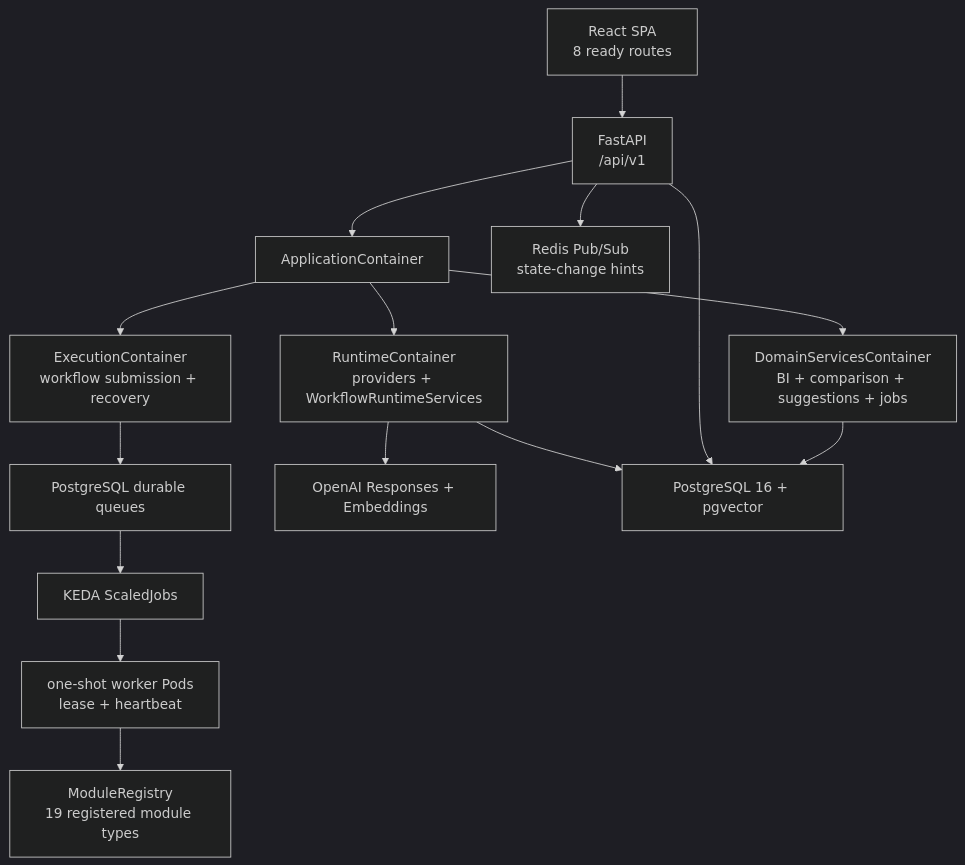
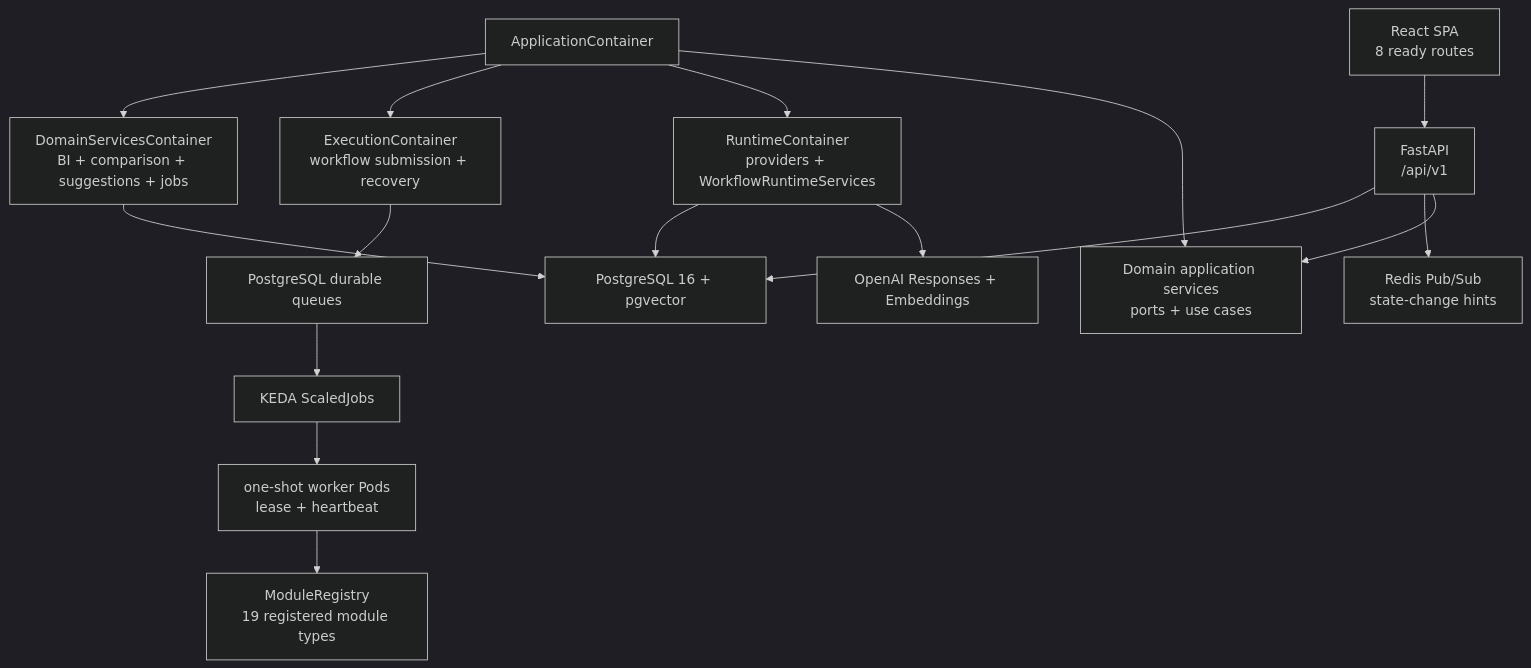
The first of 2 diagrams in docs/blueprints/01_system_blueprints/BP-101_system_architecture_blueprint.md (bist-mini-final/bist-mini-final), drawn with Mermaid (dark theme) before and after one commit. The commit also changed other lines of this file and 7 other files, not shown here.

````diff
--- a/docs/blueprints/01_system_blueprints/BP-101_system_architecture_blueprint.md
+++ b/docs/blueprints/01_system_blueprints/BP-101_system_architecture_blueprint.md
@@ -13,19 +13,20 @@
 ```mermaid
 flowchart TB
     SPA["React SPA\n8 ready routes"] --> API["FastAPI\n/api/v1"]
-    API --> APP["ApplicationContainer"]
+    API --> USECASE["Domain application services\nports + use cases"]
+    APP["ApplicationContainer"] --> USECASE
     APP --> RUNTIME["RuntimeContainer\nproviders + WorkflowRuntimeServices"]
     APP --> EXEC["ExecutionContainer\nworkflow submission + recovery"]
     APP --> DOMAIN["DomainServicesContainer\nBI + comparison + suggestions + jobs"]
 
     EXEC --> PGQ["PostgreSQL durable queues"]
     PGQ --> KEDA["KEDA ScaledJobs"]
     KEDA --> WORKERS["one-shot worker Pods\nlease + heartbeat"]
     WORKERS --> MODULES["ModuleRegistry\n19 registered module types"]
 
     RUNTIME --> OPENAI["OpenAI Responses + Embeddings"]
     RUNTIME --> PG["PostgreSQL 16 + pgvector"]
     API --> REDIS["Redis Pub/Sub\nstate-change hints"]
     API --> PG
     DOMAIN --> PG
 ```
````
